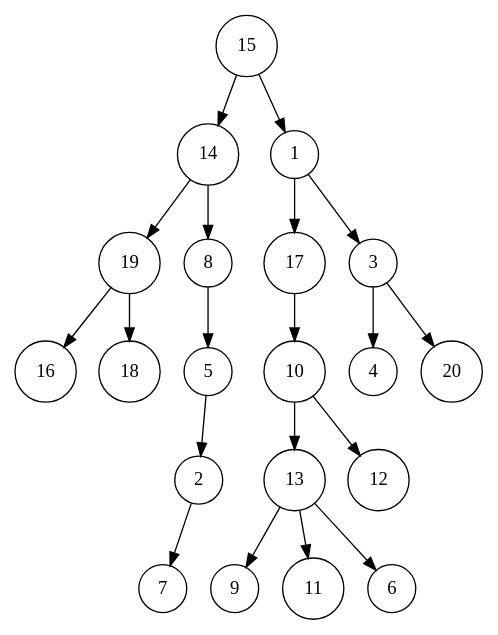
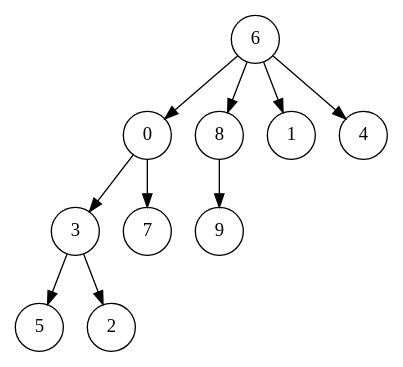
The diagram in zibi.dot (AndrewWayne/OI_Learning), drawn with Graphviz before and after one commit. The commit also changed 50 other files, not shown here.

```diff
--- a/zibi.dot
+++ b/zibi.dot
@@ -1,22 +1,12 @@
 digraph first{
     node[shape = circle]
-    13 -> 9
-    19 -> 16
-    2 -> 7
-    14 -> 19
-    15 -> 14
-    14 -> 8
-    10 -> 12
-    19 -> 18
-    17 -> 10
-    13 -> 11
-    1 -> 3
-    15 -> 1
-    10 -> 13
-    8 -> 5
-    1 -> 17
-    5 -> 2
-    13 -> 6
-    3 -> 4
-    3 -> 20
+    6 -> 0
+    8 -> 9
+    6 -> 1
+    6 -> 8
+    3 -> 5
+    0 -> 7
+    3 -> 2
+    0 -> 3
+    6 -> 4
 }
```
